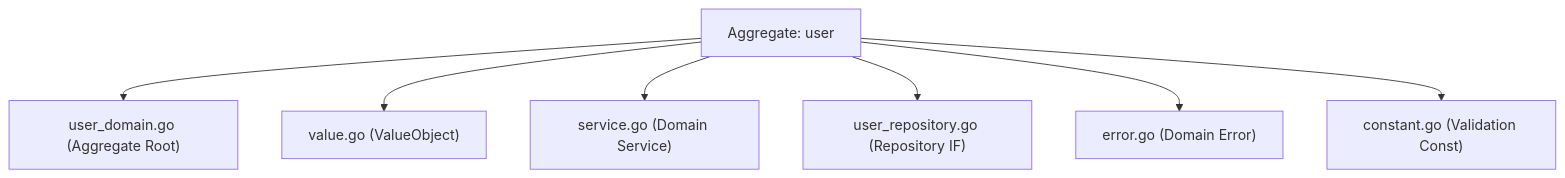
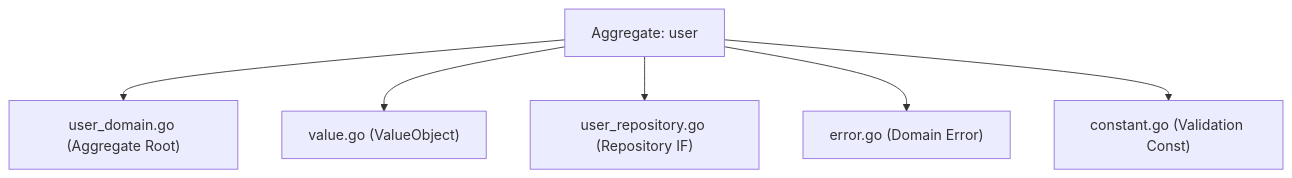
Before and after one commit to Tomy-ch/go-boilerplate: the first of 4 diagrams in internal/domain/README.ja.md, drawn with Mermaid. The commit also changed other lines of this file and 5 other files, not shown here.

First line of the commit message:
Docs: CommandService IF のドメイン層移設を ADR と domain README へ反映する

````diff
--- a/internal/domain/README.ja.md
+++ b/internal/domain/README.ja.md
@@ -15,17 +18,15 @@
 ```mermaid
 flowchart TB
     Root["Aggregate: user"]
     A["user_domain.go (Aggregate Root)"]
     B["value.go (ValueObject)"]
-    C["service.go (Domain Service)"]
     D["user_repository.go (Repository IF)"]
     E["error.go (Domain Error)"]
     F["constant.go (Validation Const)"]
 
     Root --> A
     Root --> B
-    Root --> C
     Root --> D
     Root --> E
     Root --> F
 ```
````
